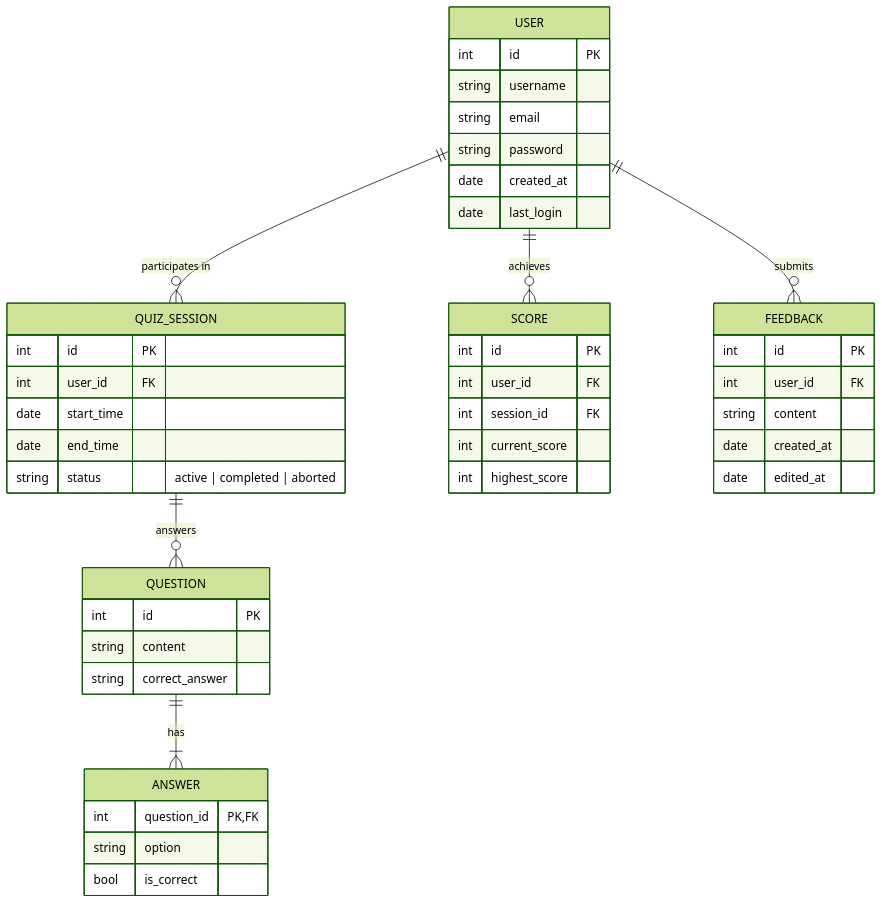
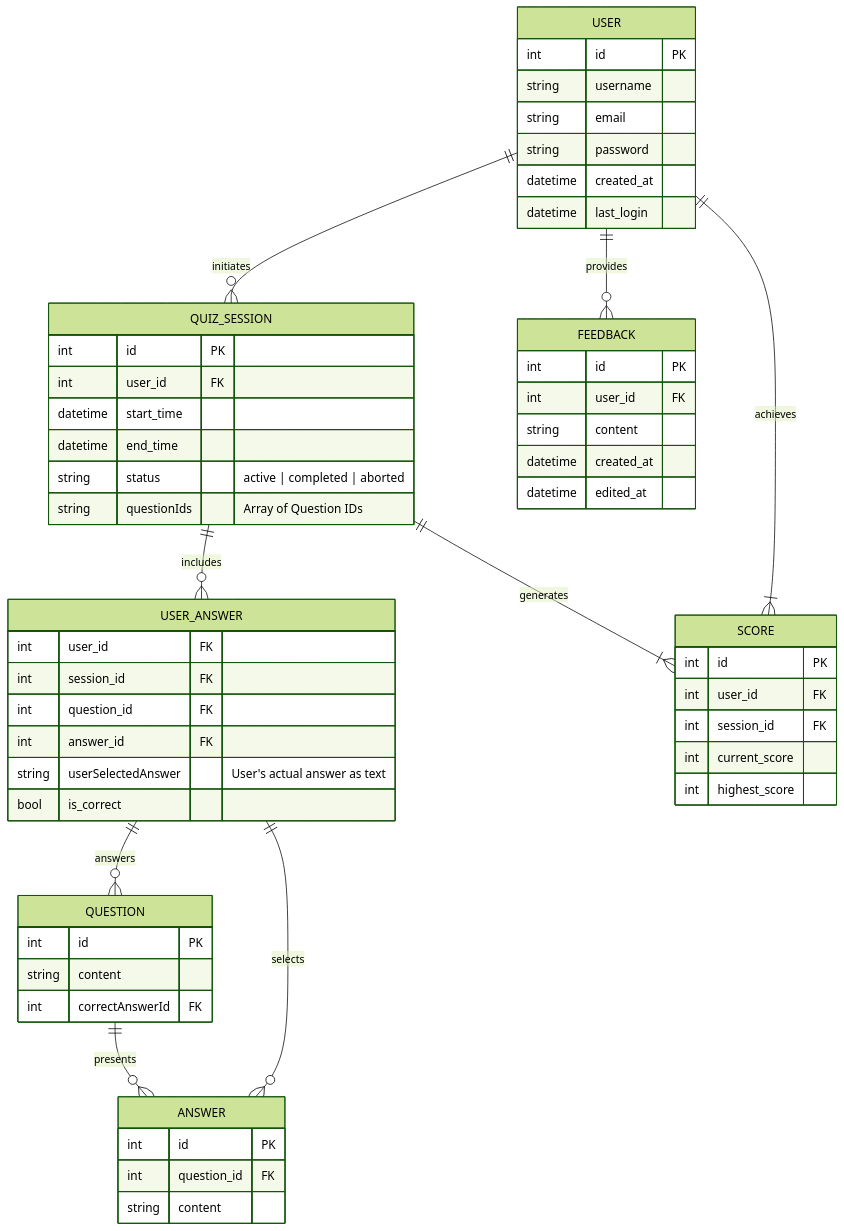
One commit to koisumii/mr-mischief changed the diagram in README.md. Above: the diagram before and after it, drawn with Mermaid (forest theme).

Commit message:
Touched-up Proposal given Vik's Feedback

````diff
--- a/README.md
+++ b/README.md
@@ -52,53 +52,66 @@
 ```mermaid
 erDiagram
-    USER ||--o{ QUIZ_SESSION : "participates in"
-    USER ||--o{ SCORE : "achieves"
-    USER ||--o{ FEEDBACK : "submits"
-    QUIZ_SESSION ||--o{ QUESTION : "answers"
-    QUESTION ||--|{ ANSWER : "has"
+    USER ||--o{ QUIZ_SESSION : "initiates"
+    QUIZ_SESSION ||--o{ USER_ANSWER : "includes"
+    USER_ANSWER ||--o{ QUESTION : "answers"
+    QUESTION ||--o{ ANSWER : "presents"
+    USER_ANSWER ||--o{ ANSWER : "selects"
+    QUIZ_SESSION ||--|{ SCORE : "generates"
+    USER ||--|{ SCORE : "achieves"
+    USER ||--o{ FEEDBACK : "provides"
 
     USER {
         int id PK
         string username
         string email
         string password
-        date created_at
-        date last_login
+        datetime created_at
+        datetime last_login
     }
 
     QUIZ_SESSION {
         int id PK
         int user_id FK
-        date start_time
-        date end_time
+        datetime start_time
+        datetime end_time
         string status "active | completed | aborted"
+        string questionIds "Array of Question IDs"
     }
 
     QUESTION {
         int id PK
         string content
-        string correct_answer
+        int correctAnswerId FK
     }
 
     ANSWER {
-        int question_id PK, FK
-        string option
+        int id PK
+        int question_id FK
+        string content
+    }
+
+    USER_ANSWER {
+        int user_id FK
+        int session_id FK
+        int question_id FK
+        int answer_id FK
+        string userSelectedAnswer "User's actual answer as text"
         bool is_correct
     }
 
     SCORE {
         int id PK
         int user_id FK
         int session_id FK
         int current_score
         int highest_score
     }
 
     FEEDBACK {
         int id PK
         int user_id FK
         string content
-        date created_at
-        date edited_at
+        datetime created_at
+        datetime edited_at
     }
 ```
````
